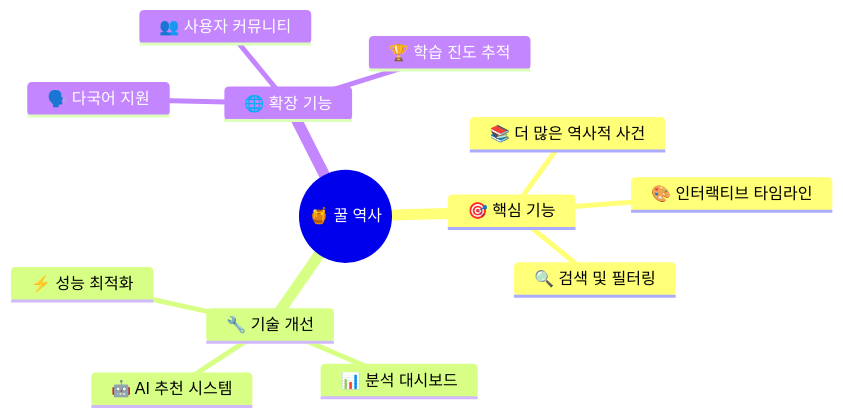
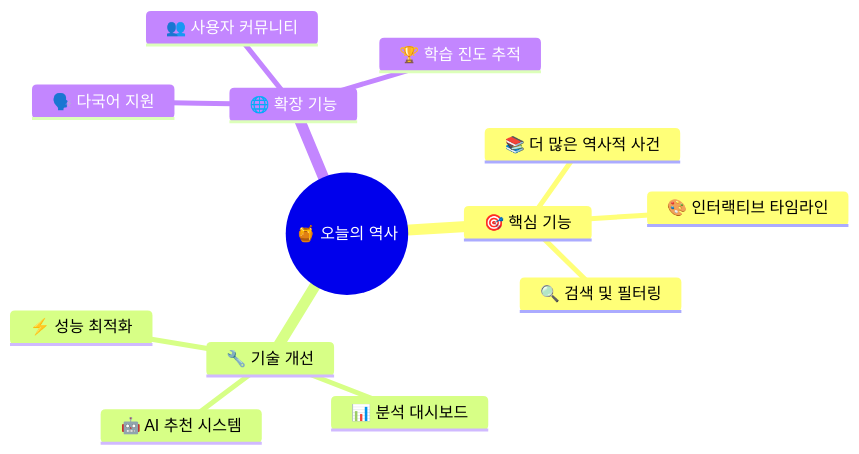
The fourth of 5 diagrams in flutter_proj/README.md (izowooi/honey-history), drawn with Mermaid before and after one commit. The commit also changed other lines of this file, not shown here.

````diff
--- a/flutter_proj/README.md
+++ b/flutter_proj/README.md
@@ -423,16 +423,16 @@
 ```mermaid
 mindmap
-  root((🍯 꿀 역사))
+  root((🍯 오늘의 역사))
     🎯 핵심 기능
       📚 더 많은 역사적 사건
       🎨 인터랙티브 타임라인
       🔍 검색 및 필터링
     🔧 기술 개선
       ⚡ 성능 최적화
       📊 분석 대시보드
       🤖 AI 추천 시스템
     🌐 확장 기능
       🗣️ 다국어 지원
       👥 사용자 커뮤니티
       🏆 학습 진도 추적
 ```
````
